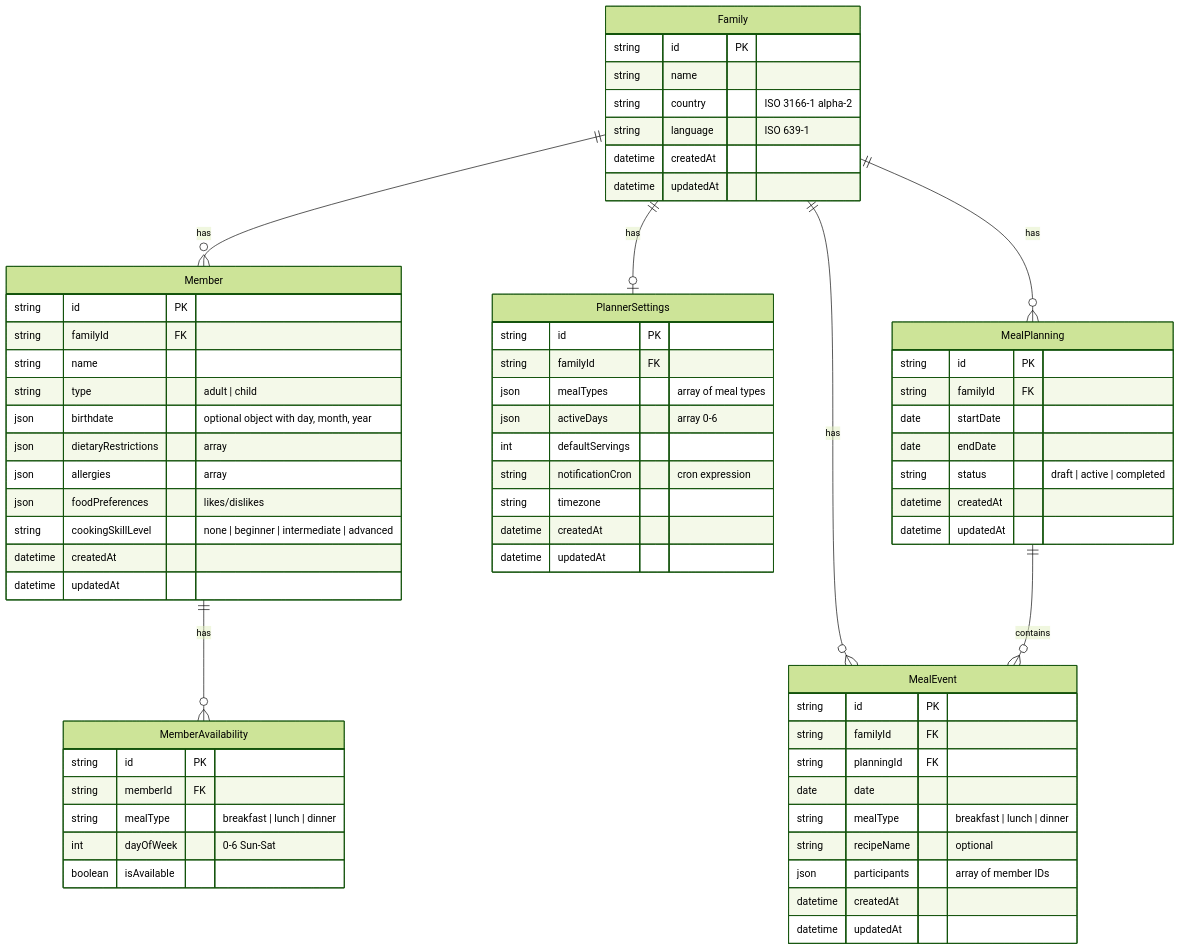
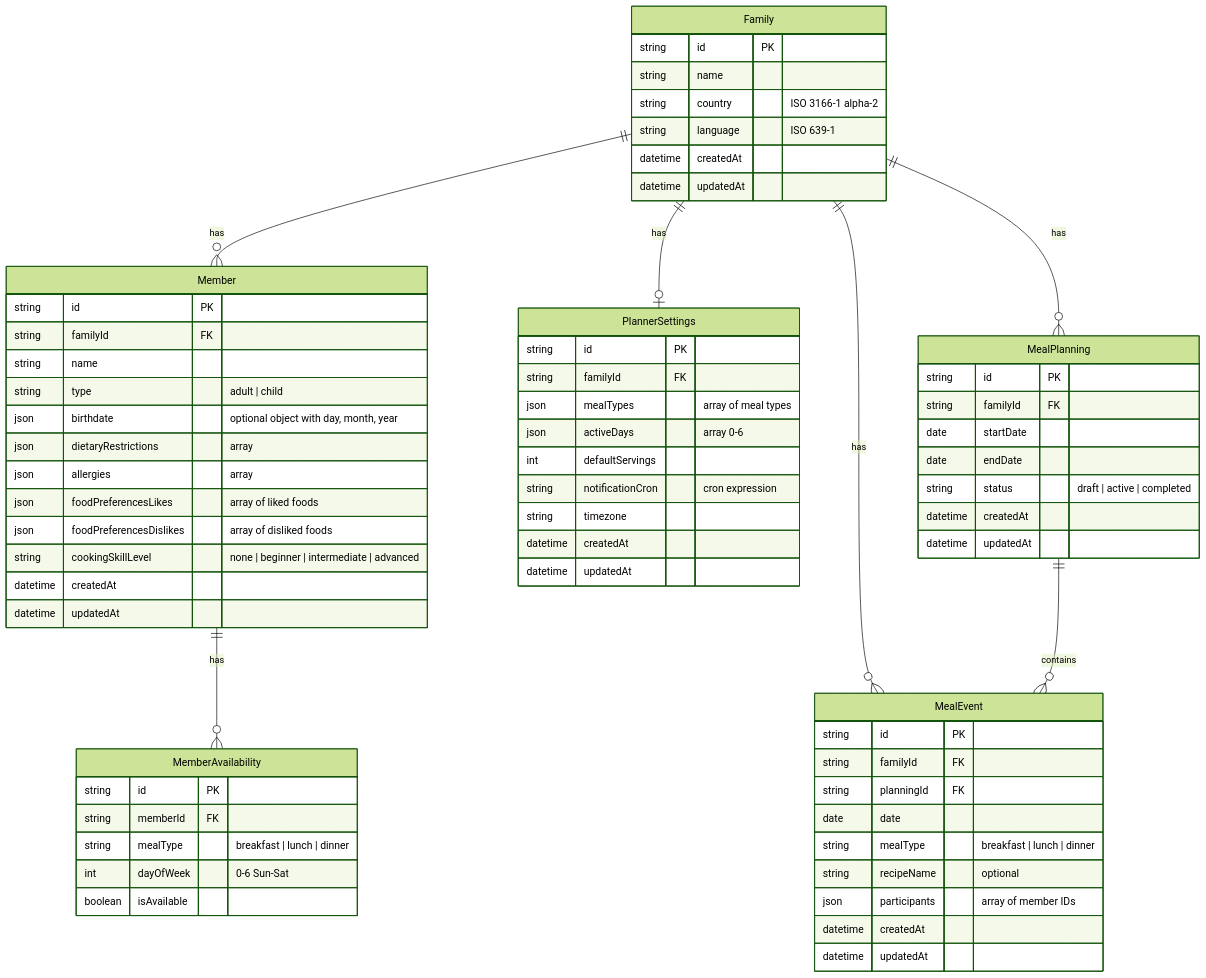
The diagram in specs/database-schema.md (Nightbr/auguste), drawn with Mermaid (forest theme) before and after one commit. The commit also changed other lines of this file and 19 other files, not shown here.

Commit message:
fix: select UI + likes/dislikes override

````diff
--- a/specs/database-schema.md
+++ b/specs/database-schema.md
@@ -8,74 +8,75 @@
 ```mermaid
 erDiagram
     Family ||--o{ Member : "has"
     Family ||--o| PlannerSettings : "has"
     Member ||--o{ MemberAvailability : "has"
     Family ||--o{ MealPlanning : "has"
     Family ||--o{ MealEvent : "has"
     MealPlanning ||--o{ MealEvent : "contains"
 
     Family {
         string id PK
         string name
         string country "ISO 3166-1 alpha-2"
         string language "ISO 639-1"
         datetime createdAt
         datetime updatedAt
     }
 
     Member {
         string id PK
         string familyId FK
         string name
         string type "adult | child"
         json birthdate "optional object with day, month, year"
         json dietaryRestrictions "array"
         json allergies "array"
-        json foodPreferences "likes/dislikes"
+        json foodPreferencesLikes "array of liked foods"
+        json foodPreferencesDislikes "array of disliked foods"
         string cookingSkillLevel "none | beginner | intermediate | advanced"
         datetime createdAt
         datetime updatedAt
     }
 
     MemberAvailability {
         string id PK
         string memberId FK
         string mealType "breakfast | lunch | dinner"
         int dayOfWeek "0-6 Sun-Sat"
         boolean isAvailable
     }
 
     PlannerSettings {
         string id PK
         string familyId FK
         json mealTypes "array of meal types"
         json activeDays "array 0-6"
         int defaultServings
         string notificationCron "cron expression"
         string timezone
         datetime createdAt
         datetime updatedAt
     }
 
     MealPlanning {
         string id PK
         string familyId FK
         date startDate
         date endDate
         string status "draft | active | completed"
         datetime createdAt
         datetime updatedAt
     }
 
     MealEvent {
         string id PK
         string familyId FK
         string planningId FK
         date date
         string mealType "breakfast | lunch | dinner"
         string recipeName "optional"
         json participants "array of member IDs"
         datetime createdAt
         datetime updatedAt
     }
 ```
````
